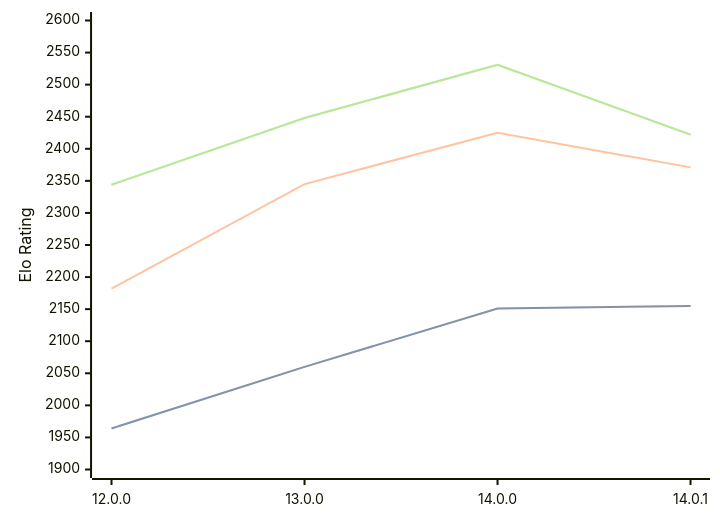
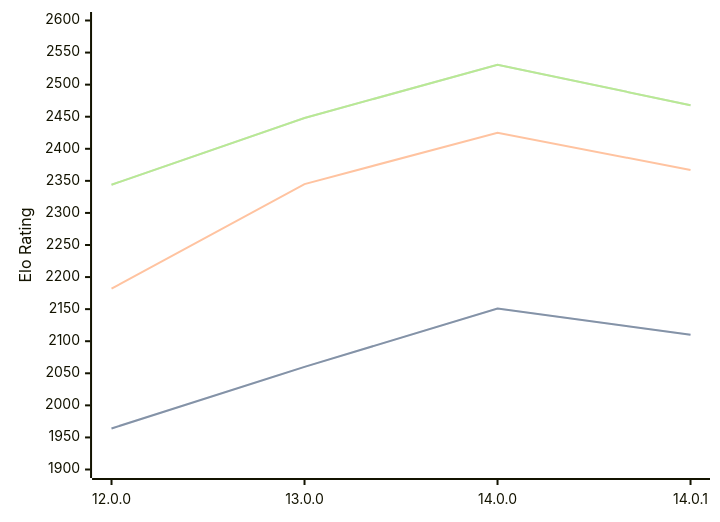
One commit to computer-chess-index/cci changed the diagram in engines/Cepimetheus.md. Above: the diagram before and after it, drawn with Mermaid. The commit also changed other lines of this file, not shown here.

Commit message:
Update CCI Ratings (ELO VLTC) - 2026-08-06

````diff
--- a/engines/Cepimetheus.md
+++ b/engines/Cepimetheus.md
@@ -66,11 +69,11 @@
 ```mermaid
 %%{init: {"theme":"base","themeVariables":{"seriesColors:['#a3a3a3','#222221','#faa371']}}}%%
 xychart-beta
   x-axis ["12.0.0", "13.0.0", "14.0.0", "14.0.1"]
   y-axis "Elo Rating" 1900 --> 2600
-  line "STC (8.0+0.08s)" [1964, 2060, 2151, 2155]
-  line "STC (8.0+0.08s)" [1964, 2060, 2151, 2155]
-  line "LTC (60.0+0.60s)" [2182, 2345, 2425, 2371]
-  line "VLTC (2m24s+1.12s)" [2344, 2448, 2531, 2422]
-  line "VLTC (2m24s+1.12s)" [2344, 2448, 2531, 2422]
+  line "STC (8.0+0.08s)" [1964, 2060, 2151, 2110]
+  line "STC (8.0+0.08s)" [1964, 2060, 2151, 2110]
+  line "LTC (60.0+0.60s)" [2182, 2345, 2425, 2367]
+  line "VLTC (2m24s+1.12s)" [2344, 2448, 2531, 2468]
+  line "VLTC (2m24s+1.12s)" [2344, 2448, 2531, 2468]
 ```
````
